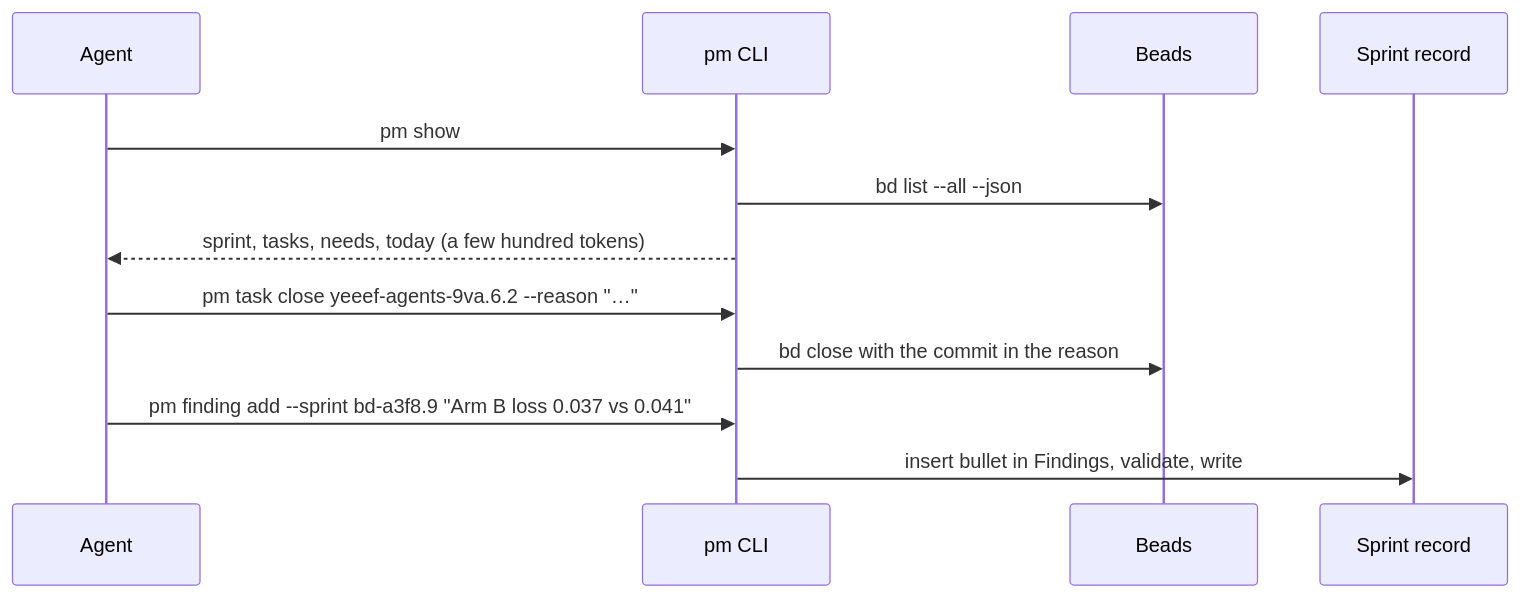
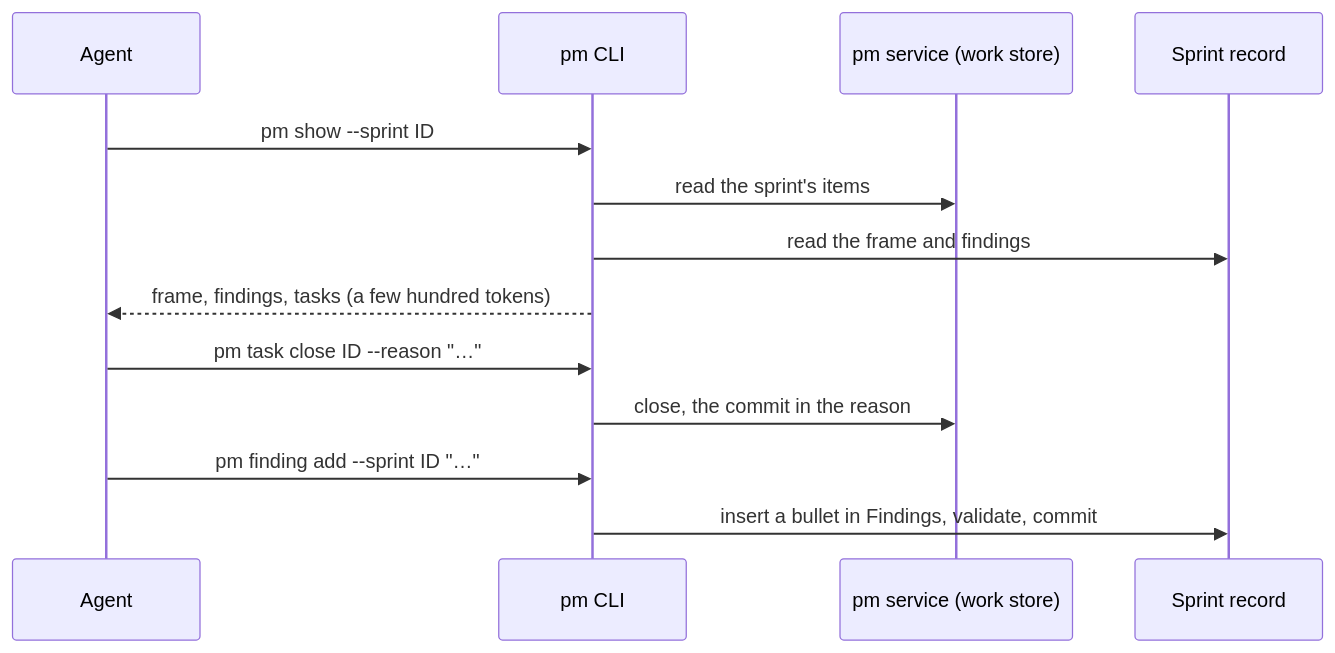
Before and after one commit to Yeeef/pm: the diagram in design/pm-cli.md, drawn with Mermaid. The commit also changed other lines of this file, not shown here.

Commit message:
pm-cli design page: the final state, the command families and the Naming grammar

````diff
--- a/design/pm-cli.md
+++ b/design/pm-cli.md
@@ -242,14 +198,15 @@
 ```mermaid
 sequenceDiagram
   participant A as Agent
   participant CLI as pm CLI
-  participant B as Beads
+  participant S as pm service (work store)
   participant R as Sprint record
-  A->>CLI: pm show
-  CLI->>B: bd list --all --json
-  CLI-->>A: sprint, tasks, needs, today (a few hundred tokens)
-  A->>CLI: pm task close yeeef-agents-9va.6.2 --reason "…"
-  CLI->>B: bd close with the commit in the reason
-  A->>CLI: pm finding add --sprint bd-a3f8.9 "Arm B loss 0.037 vs 0.041"
-  CLI->>R: insert bullet in Findings, validate, write
+  A->>CLI: pm show --sprint ID
+  CLI->>S: read the sprint's items
+  CLI->>R: read the frame and findings
+  CLI-->>A: frame, findings, tasks (a few hundred tokens)
+  A->>CLI: pm task close ID --reason "…"
+  CLI->>S: close, the commit in the reason
+  A->>CLI: pm finding add --sprint ID "…"
+  CLI->>R: insert a bullet in Findings, validate, commit
 ```
````
